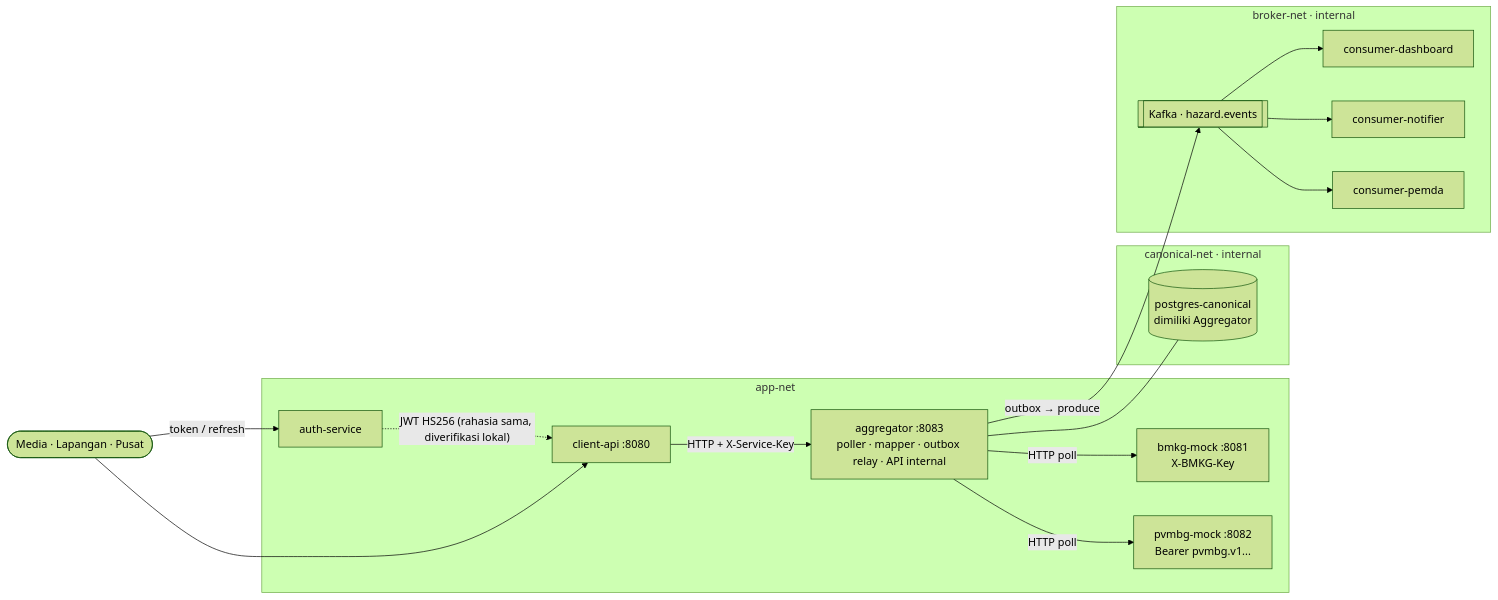
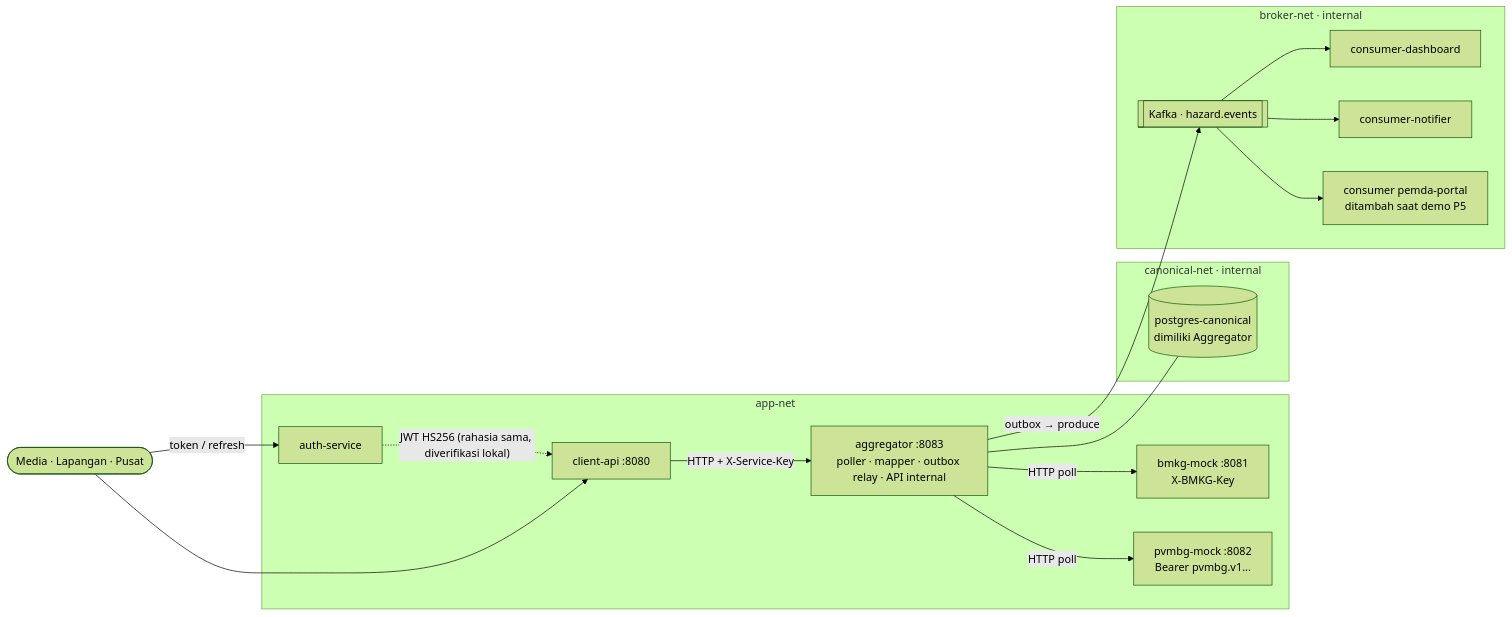
One commit to andi-frame/OrangSuksesAamiin changed the diagram in docs/report/00-umum.md. Above: the diagram before and after it, drawn with Mermaid (forest theme). The commit also changed 2 other files, not shown here.

Commit message:
docs: mark P4 criteria proven and describe the pemda consumer as demo-only

````diff
--- a/docs/report/00-umum.md
+++ b/docs/report/00-umum.md
@@ -28,28 +28,28 @@
 ```mermaid
 flowchart LR
   subgraph app-net
     BMKG[bmkg-mock :8081<br/>X-BMKG-Key]
     PVMBG[pvmbg-mock :8082<br/>Bearer pvmbg.v1...]
     AGG[aggregator :8083<br/>poller · mapper · outbox relay · API internal]
     CAPI[client-api :8080]
     AUTH[auth-service]
   end
   subgraph canonical-net[canonical-net · internal]
     PG[(postgres-canonical<br/>dimiliki Aggregator)]
   end
   subgraph broker-net[broker-net · internal]
     K[[Kafka · hazard.events]]
     C1[consumer-dashboard]
     C2[consumer-notifier]
-    C3[consumer-pemda]
+    C3[consumer pemda-portal<br/>ditambah saat demo P5]
   end
   AGG -- "HTTP poll" --> BMKG
   AGG -- "HTTP poll" --> PVMBG
   AGG --- PG
   AGG -- "outbox → produce" --> K
   K --> C1 & C2 & C3
   CAPI -- "HTTP + X-Service-Key" --> AGG
   Client([Media · Lapangan · Pusat]) -- "token / refresh" --> AUTH
   AUTH -. "JWT HS256 (rahasia sama, diverifikasi lokal)" .-> CAPI
   Client --> CAPI
 ```
````
